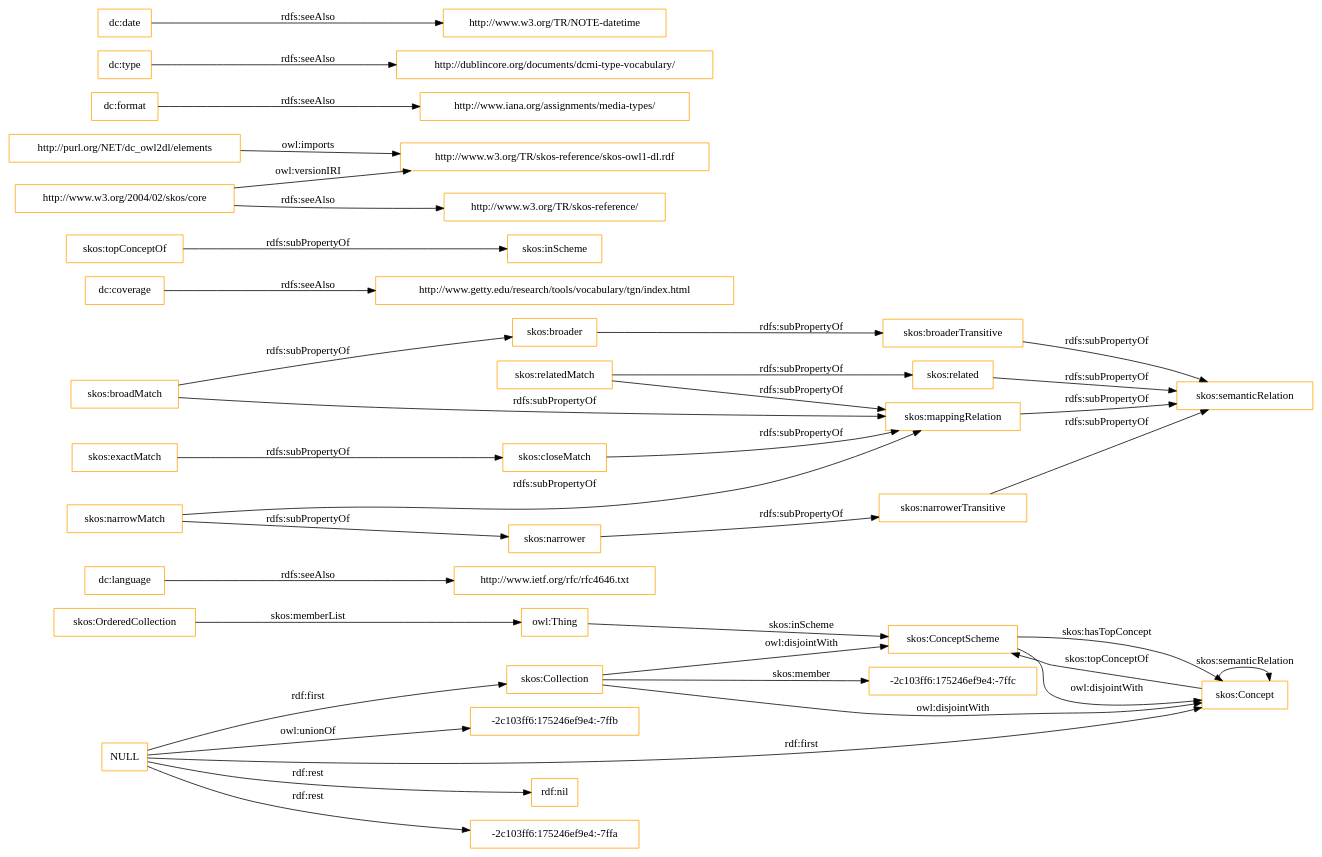
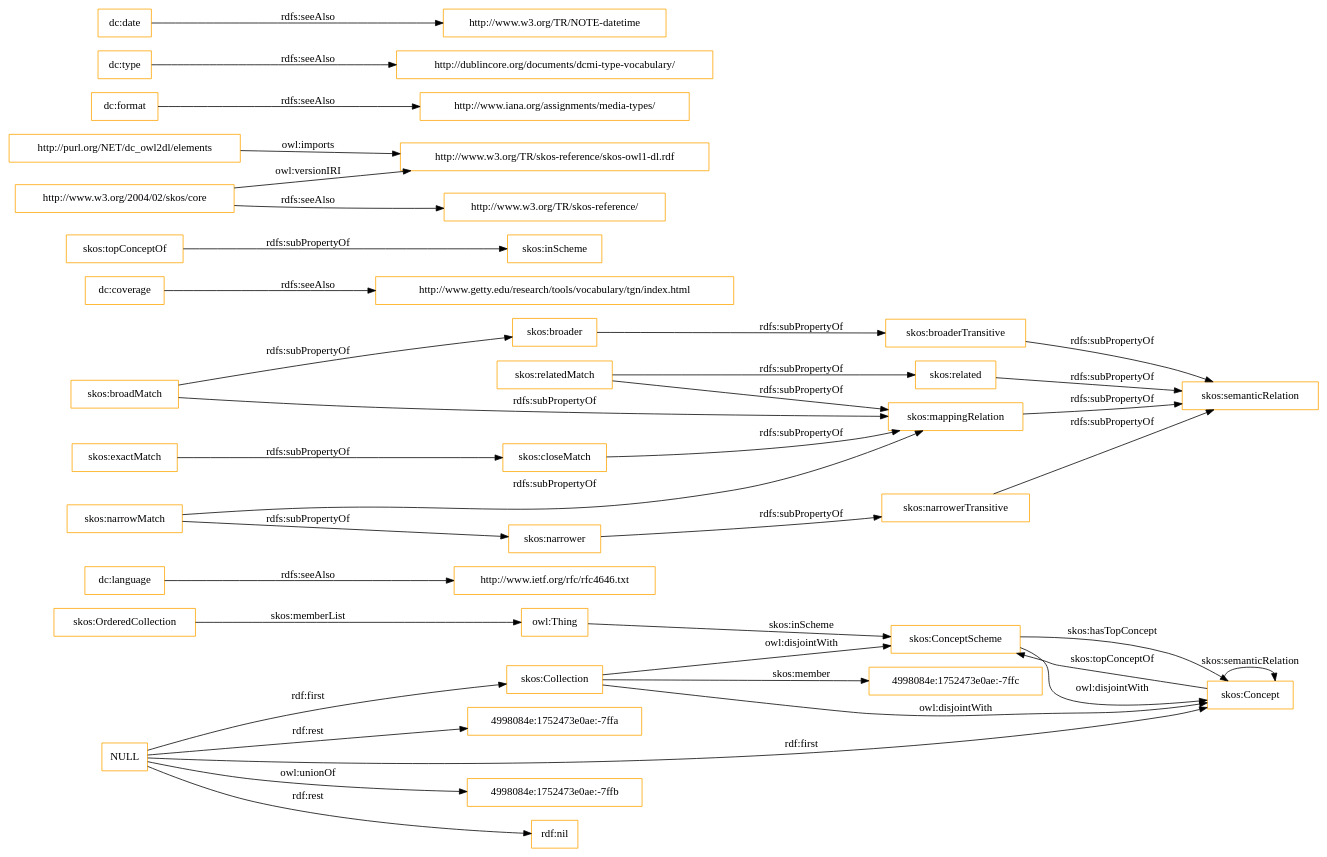
One commit to OnToologyUser/core-ontology-1 changed the diagram in OnToology/imports/elements.owl/diagrams/ar2dtool-class/elements.owl.png.dot. Above: the diagram before and after it, drawn with Graphviz. The commit also changed 14 other files, not shown here.

```diff
--- a/OnToology/imports/elements.owl/diagrams/ar2dtool-class/elements.owl.png.dot
+++ b/OnToology/imports/elements.owl/diagrams/ar2dtool-class/elements.owl.png.dot
@@ -1,43 +1,43 @@
 digraph ar2dtool_diagram { 
 rankdir=LR;
 size="1501"
-node [shape = rectangle, color="orange"]; "-2c103ff6:175246ef9e4:-7ffc" "skos:OrderedCollection" "skos:Collection" "skos:ConceptScheme" "skos:Concept" ; /*classes style*/
+node [shape = rectangle, color="orange"]; "4998084e:1752473e0ae:-7ffc" "skos:OrderedCollection" "skos:Collection" "skos:ConceptScheme" "skos:Concept" ; /*classes style*/
 	"dc:language" -> "http://www.ietf.org/rfc/rfc4646.txt" [ label = "rdfs:seeAlso" ];
+	"NULL" -> "4998084e:1752473e0ae:-7ffb" [ label = "owl:unionOf" ];
 	"NULL" -> "rdf:nil" [ label = "rdf:rest" ];
 	"NULL" -> "skos:Collection" [ label = "rdf:first" ];
-	"NULL" -> "-2c103ff6:175246ef9e4:-7ffa" [ label = "rdf:rest" ];
+	"NULL" -> "4998084e:1752473e0ae:-7ffa" [ label = "rdf:rest" ];
 	"NULL" -> "skos:Concept" [ label = "rdf:first" ];
-	"NULL" -> "-2c103ff6:175246ef9e4:-7ffb" [ label = "owl:unionOf" ];
 	"skos:closeMatch" -> "skos:mappingRelation" [ label = "rdfs:subPropertyOf" ];
 	"dc:coverage" -> "http://www.getty.edu/research/tools/vocabulary/tgn/index.html" [ label = "rdfs:seeAlso" ];
 	"skos:relatedMatch" -> "skos:related" [ label = "rdfs:subPropertyOf" ];
 	"skos:relatedMatch" -> "skos:mappingRelation" [ label = "rdfs:subPropertyOf" ];
 	"skos:ConceptScheme" -> "skos:Concept" [ label = "owl:disjointWith" ];
 	"skos:related" -> "skos:semanticRelation" [ label = "rdfs:subPropertyOf" ];
 	"skos:topConceptOf" -> "skos:inScheme" [ label = "rdfs:subPropertyOf" ];
 	"skos:broadMatch" -> "skos:broader" [ label = "rdfs:subPropertyOf" ];
 	"skos:broadMatch" -> "skos:mappingRelation" [ label = "rdfs:subPropertyOf" ];
 	"http://purl.org/NET/dc_owl2dl/elements" -> "http://www.w3.org/TR/skos-reference/skos-owl1-dl.rdf" [ label = "owl:imports" ];
 	"skos:exactMatch" -> "skos:closeMatch" [ label = "rdfs:subPropertyOf" ];
 	"dc:format" -> "http://www.iana.org/assignments/media-types/" [ label = "rdfs:seeAlso" ];
 	"skos:broaderTransitive" -> "skos:semanticRelation" [ label = "rdfs:subPropertyOf" ];
 	"dc:type" -> "http://dublincore.org/documents/dcmi-type-vocabulary/" [ label = "rdfs:seeAlso" ];
 	"skos:broader" -> "skos:broaderTransitive" [ label = "rdfs:subPropertyOf" ];
 	"skos:mappingRelation" -> "skos:semanticRelation" [ label = "rdfs:subPropertyOf" ];
 	"http://www.w3.org/2004/02/skos/core" -> "http://www.w3.org/TR/skos-reference/skos-owl1-dl.rdf" [ label = "owl:versionIRI" ];
 	"http://www.w3.org/2004/02/skos/core" -> "http://www.w3.org/TR/skos-reference/" [ label = "rdfs:seeAlso" ];
 	"skos:Collection" -> "skos:ConceptScheme" [ label = "owl:disjointWith" ];
 	"skos:Collection" -> "skos:Concept" [ label = "owl:disjointWith" ];
 	"skos:narrowMatch" -> "skos:narrower" [ label = "rdfs:subPropertyOf" ];
 	"skos:narrowMatch" -> "skos:mappingRelation" [ label = "rdfs:subPropertyOf" ];
 	"skos:narrower" -> "skos:narrowerTransitive" [ label = "rdfs:subPropertyOf" ];
 	"dc:date" -> "http://www.w3.org/TR/NOTE-datetime" [ label = "rdfs:seeAlso" ];
 	"skos:narrowerTransitive" -> "skos:semanticRelation" [ label = "rdfs:subPropertyOf" ];
 	"skos:OrderedCollection" -> "owl:Thing" [ label = "skos:memberList" ];
 	"skos:Concept" -> "skos:ConceptScheme" [ label = "skos:topConceptOf" ];
 	"skos:Concept" -> "skos:Concept" [ label = "skos:semanticRelation" ];
-	"skos:Collection" -> "-2c103ff6:175246ef9e4:-7ffc" [ label = "skos:member" ];
+	"skos:Collection" -> "4998084e:1752473e0ae:-7ffc" [ label = "skos:member" ];
 	"skos:ConceptScheme" -> "skos:Concept" [ label = "skos:hasTopConcept" ];
 	"owl:Thing" -> "skos:ConceptScheme" [ label = "skos:inScheme" ];
 
 }
```
